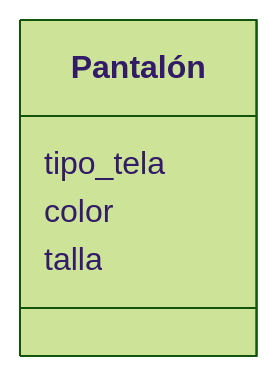
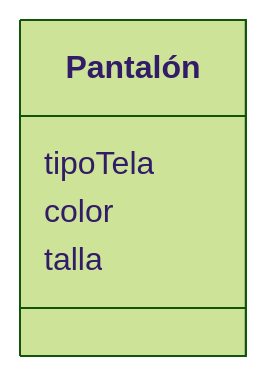
Before and after one commit to PatoAparicio/psg-oop-2025: the second of 2 diagrams in retos_sesion_01/ejercicio_02.md, drawn with Mermaid (forest theme). The commit also changed other lines of this file and 2 other files, not shown here.

````diff
--- a/retos_sesion_01/ejercicio_02.md
+++ b/retos_sesion_01/ejercicio_02.md
@@ -63,8 +62,8 @@
 ```mermaid
 classDiagram
 class Pantalón {
-    tipo_tela
+    tipoTela
     color
     talla
     }
 ```
````
